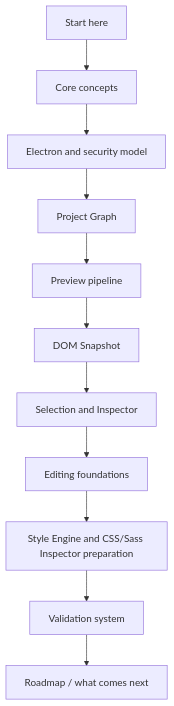
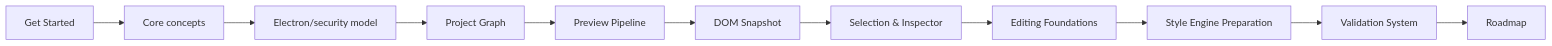
The diagram in docs/README.md (krestosa/Crystal), drawn with Mermaid before and after one commit. The commit also changed other lines of this file and 60 other files, not shown here.

````diff
--- a/docs/README.md
+++ b/docs/README.md
@@ -26,13 +26,13 @@
 ```mermaid
-flowchart TD
-  Start[Start here] --> Concepts[Core concepts]
-  Concepts --> Runtime[Electron and security model]
-  Runtime --> Graph[Project Graph]
-  Graph --> Preview[Preview pipeline]
+flowchart LR
+  Start[Get Started] --> Concepts[Core concepts]
+  Concepts --> Architecture[Electron/security model]
+  Architecture --> Project[Project Graph]
+  Project --> Preview[Preview Pipeline]
   Preview --> Snapshot[DOM Snapshot]
-  Snapshot --> Selection[Selection and Inspector]
-  Selection --> Editing[Editing foundations]
-  Editing --> Style[Style Engine and CSS/Sass Inspector preparation]
-  Style --> Validation[Validation system]
-  Validation --> Roadmap[Roadmap / what comes next]
+  Snapshot --> Selection[Selection & Inspector]
+  Selection --> Editing[Editing Foundations]
+  Editing --> Style[Style Engine Preparation]
+  Style --> Validation[Validation System]
+  Validation --> Roadmap[Roadmap]
 ```
````
